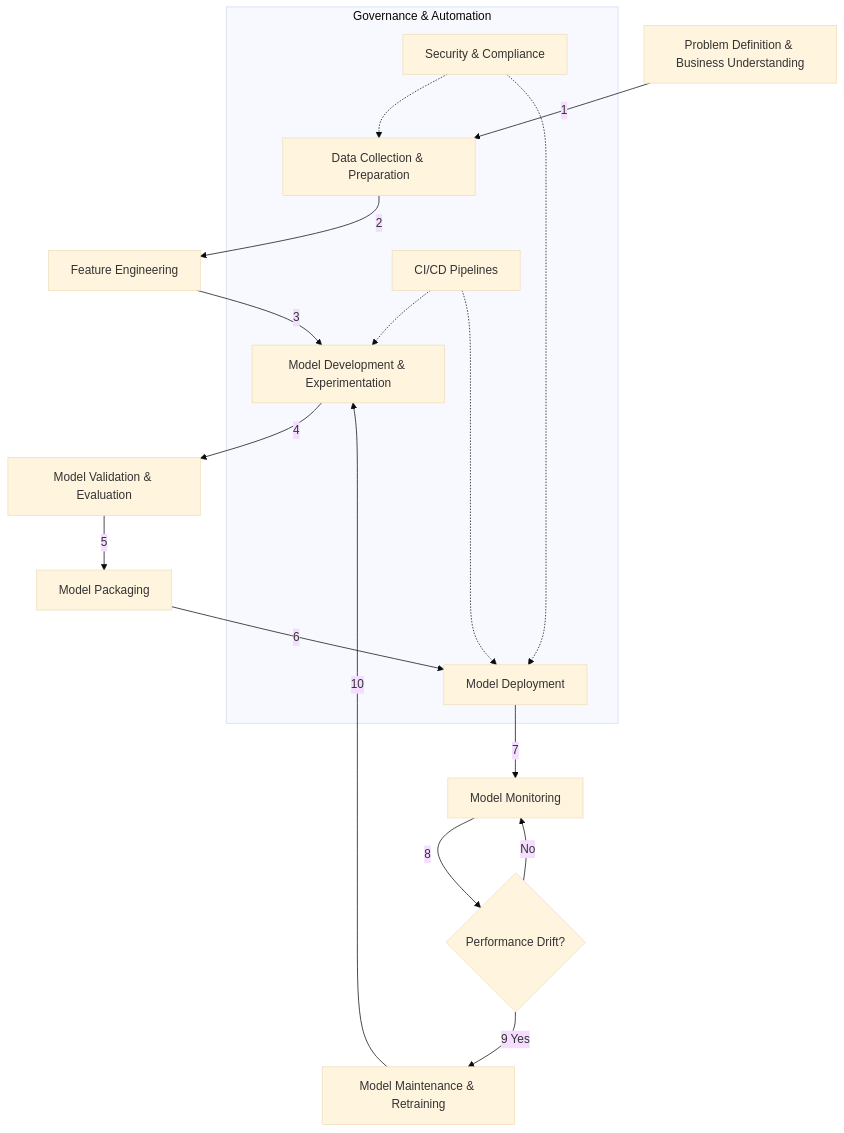
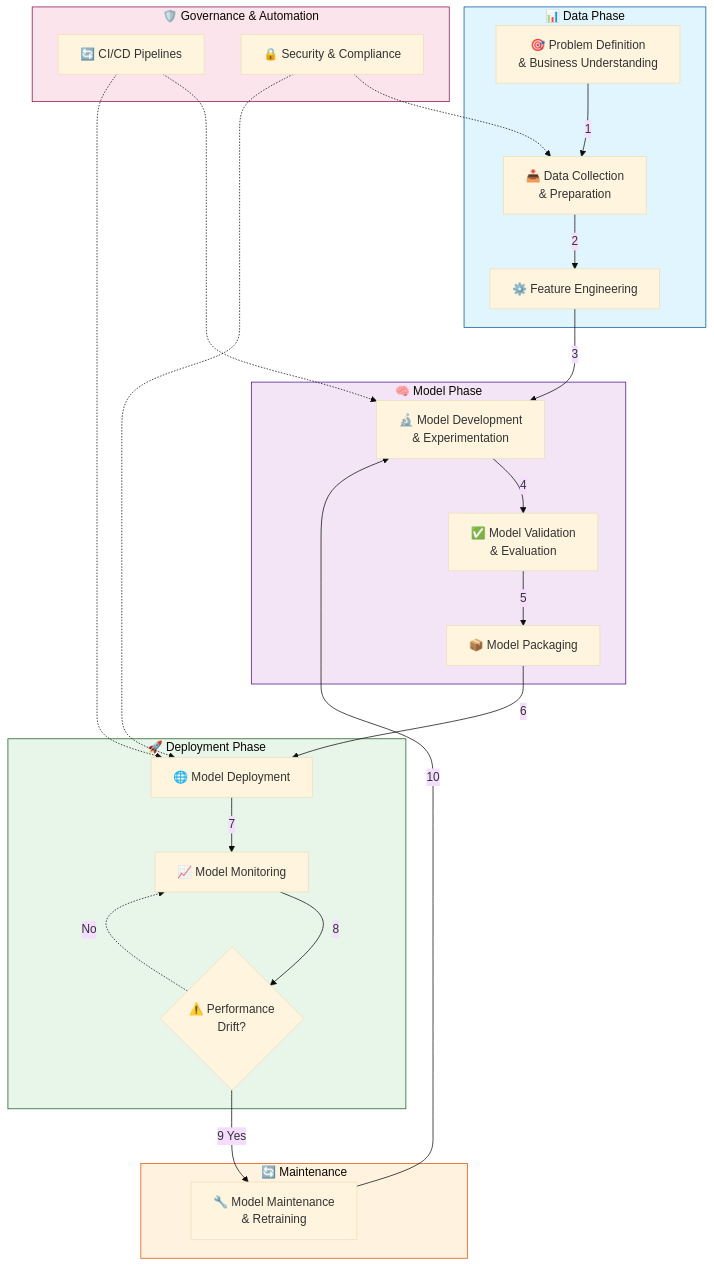
One commit to LiteObject/MLOps-101 changed the first of 2 diagrams in README.md. Above: the diagram before and after it, drawn with Mermaid (base theme).

Commit message:
Refactor MLOps lifecycle diagram for improved clarity and organization

````diff
--- a/README.md
+++ b/README.md
@@ -13,21 +13,52 @@
 ```mermaid
 flowchart TD
-    A[Problem Definition & Business Understanding] -->|1| B[Data Collection & Preparation]
-    B -->|2| C[Feature Engineering]
-    C -->|3| D[Model Development & Experimentation]
-    D -->|4| E[Model Validation & Evaluation]
-    E -->|5| F[Model Packaging]
-    F -->|6| G[Model Deployment]
-    G -->|7| H[Model Monitoring]
-    H -->|8| I{Performance Drift?}
-    I -->|9 Yes| J[Model Maintenance & Retraining]
+    subgraph DATA["📊 Data Phase"]
+        A[🎯 Problem Definition<br/>& Business Understanding]
+        B[📥 Data Collection<br/>& Preparation]
+        C[⚙️ Feature Engineering]
+    end
+
+    subgraph MODEL["🧠 Model Phase"]
+        D[🔬 Model Development<br/>& Experimentation]
+        E[✅ Model Validation<br/>& Evaluation]
+        F[📦 Model Packaging]
+    end
+
+    subgraph DEPLOY["🚀 Deployment Phase"]
+        G[🌐 Model Deployment]
+        H[📈 Model Monitoring]
+        I{⚠️ Performance<br/>Drift?}
+    end
+
+    subgraph MAINTAIN["🔄 Maintenance"]
+        J[🔧 Model Maintenance<br/>& Retraining]
+    end
+
+    A -->|1| B
+    B -->|2| C
+    C -->|3| D
+    D -->|4| E
+    E -->|5| F
+    F -->|6| G
+    G -->|7| H
+    H -->|8| I
+    I -->|9 Yes| J
     J -->|10| D
-    I -->|No| H
-    
-    subgraph "Governance & Automation"
-    K[CI/CD Pipelines] -.-> D
+    I -.->|No| H
+
+    subgraph GOV["🛡️ Governance & Automation"]
+        K[🔄 CI/CD Pipelines]
+        L[🔒 Security & Compliance]
+    end
+
+    K -.-> D
     K -.-> G
-    L[Security & Compliance] -.-> B
+    L -.-> B
     L -.-> G
-    end
+
+    style DATA fill:#e1f5fe,stroke:#01579b
+    style MODEL fill:#f3e5f5,stroke:#4a148c
+    style DEPLOY fill:#e8f5e9,stroke:#1b5e20
+    style MAINTAIN fill:#fff3e0,stroke:#e65100
+    style GOV fill:#fce4ec,stroke:#880e4f
 ```
````
